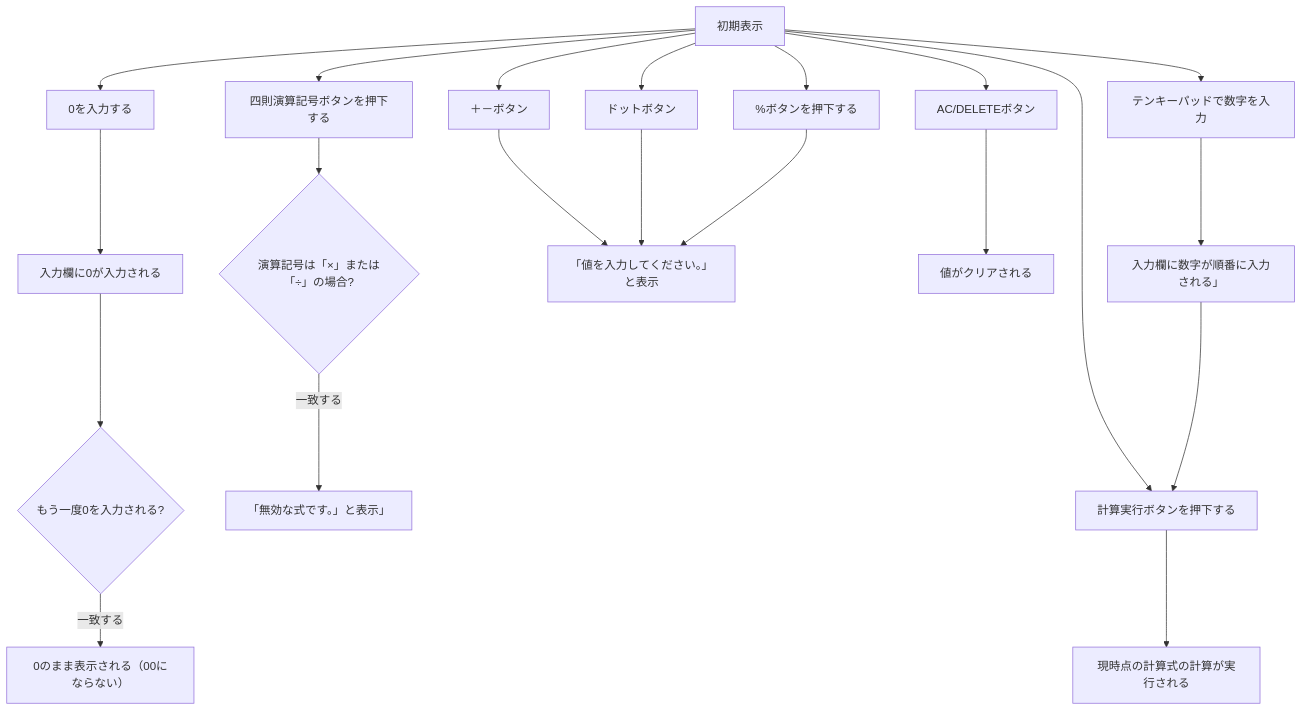
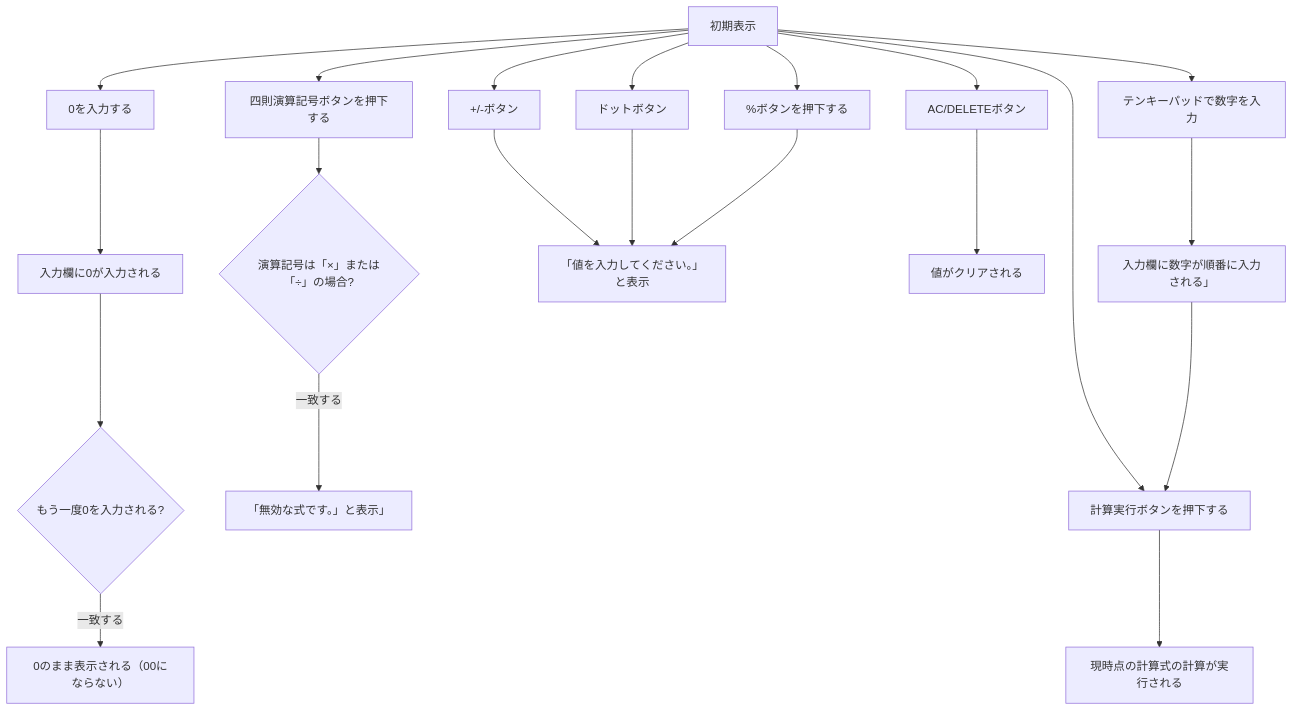
Before and after one commit to N3question/jsp-servlet-calculator: the diagram in 基本設計書.md, drawn with Mermaid.

Commit message:
Update button label from '+-' to '+/-'

````diff
--- a/基本設計書.md
+++ b/基本設計書.md
@@ -68,13 +68,13 @@
 ```mermaid
 flowchart TB
     A[初期表示] --> B[0を入力する] --> C[入力欄に0が入力される] -->
     P{もう一度0を入力される?} -- 一致する --> Q[0のまま表示される（00にならない）]
     A[初期表示] --> D[四則演算記号ボタンを押下する] -->
     E{演算記号は「×」または「÷」の場合?} -- 一致する --> F[「無効な式です。」と表示」]
     A[初期表示] --> G[計算実行ボタンを押下する] --> H[現時点の計算式の計算が実行される]
-    A[初期表示] --> I[＋－ボタン] --> J[「値を入力してください。」と表示]
+    A[初期表示] --> I[+/-ボタン] --> J[「値を入力してください。」と表示]
     A[初期表示] --> K[ドットボタン] --> J[「値を入力してください。」と表示]
     A[初期表示] --> R[%ボタンを押下する] --> J[「値を入力してください。」と表示]
     A[初期表示] --> L[AC/DELETEボタン] --> O[値がクリアされる]
     A[初期表示] --> N[テンキーパッドで数字を入力] --> M[入力欄に数字が順番に入力される」] --> G[計算実行ボタンを押下する]
 ```
````
